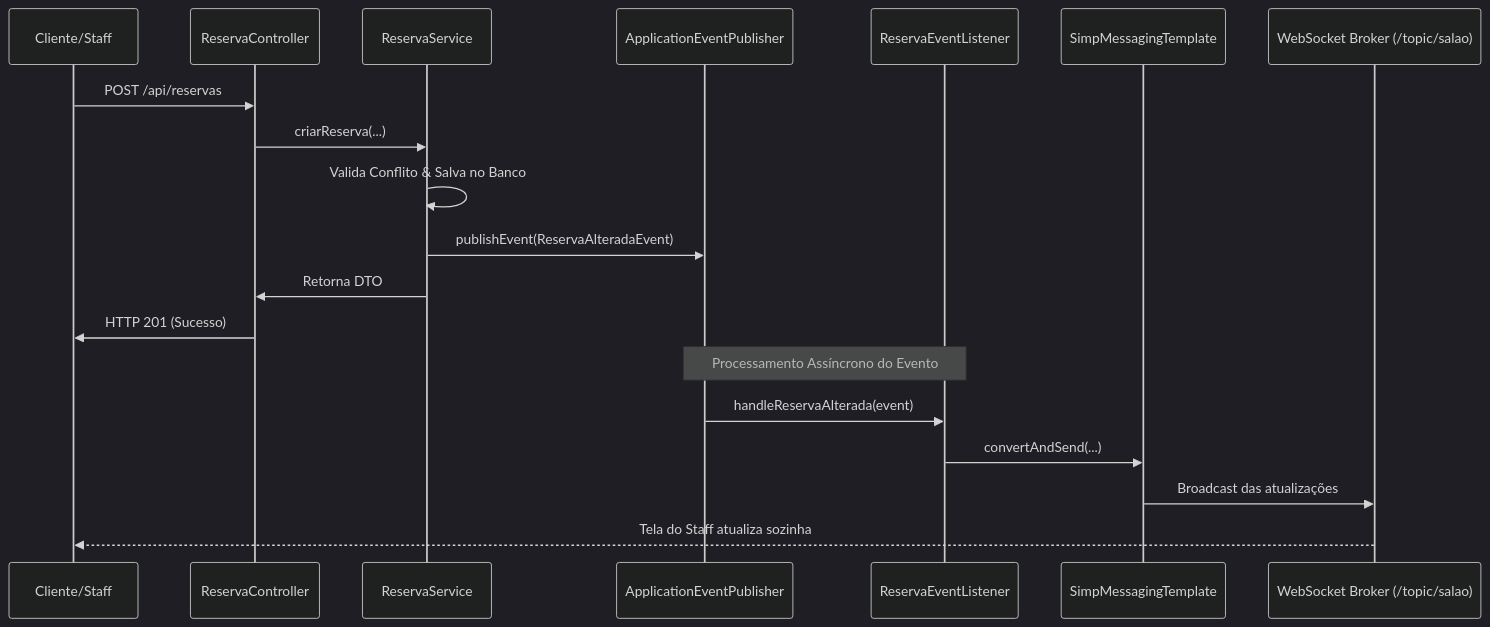
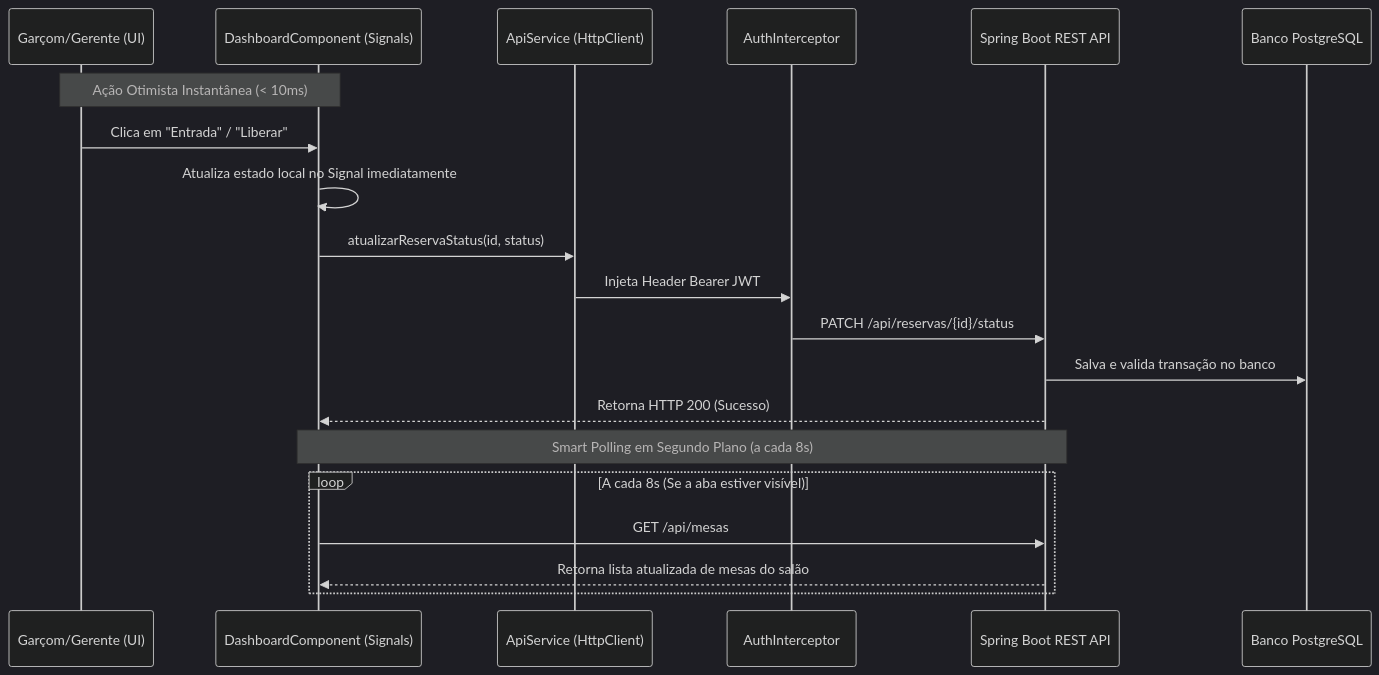
Before and after one commit to RaphaelPhillipe07/MesaLive: the second of 2 diagrams in docs/architecture.md, drawn with Mermaid (dark theme). The commit also changed other lines of this file and 17 other files, not shown here.

Commit message:
docs: atualiza documentacao tecnica, arquitetura e roadmap

````diff
--- a/docs/architecture.md
+++ b/docs/architecture.md
@@ -49,23 +49,25 @@
 ```mermaid
 sequenceDiagram
-    participant Cliente as Cliente/Staff
-    participant Controller as ReservaController
-    participant Service as ReservaService
-    participant EventPublisher as ApplicationEventPublisher
-    participant EventListener as ReservaEventListener
-    participant SimpTemplate as SimpMessagingTemplate
-    participant WS as WebSocket Broker (/topic/salao)
+    participant Staff as Garçom/Gerente (UI)
+    participant Component as DashboardComponent (Signals)
+    participant ApiService as ApiService (HttpClient)
+    participant Interceptor as AuthInterceptor
+    participant Backend as Spring Boot REST API
+    participant DB as Banco PostgreSQL
 
-    Cliente->>Controller: POST /api/reservas
-    Controller->>Service: criarReserva(...)
-    Service->>Service: Valida Conflito & Salva no Banco
-    Service->>EventPublisher: publishEvent(ReservaAlteradaEvent)
-    Service->>Controller: Retorna DTO
-    Controller->>Cliente: HTTP 201 (Sucesso)
-    
-    Note over EventPublisher,EventListener: Processamento Assíncrono do Evento
-    EventPublisher->>EventListener: handleReservaAlterada(event)
-    EventListener->>SimpTemplate: convertAndSend(...)
-    SimpTemplate->>WS: Broadcast das atualizações
-    WS-->>Cliente: Tela do Staff atualiza sozinha
+    Note over Staff,Component: Ação Otimista Instantânea (< 10ms)
+    Staff->>Component: Clica em "Entrada" / "Liberar"
+    Component->>Component: Atualiza estado local no Signal imediatamente
+
+    Component->>ApiService: atualizarReservaStatus(id, status)
+    ApiService->>Interceptor: Injeta Header Bearer JWT
+    Interceptor->>Backend: PATCH /api/reservas/{id}/status
+    Backend->>DB: Salva e valida transação no banco
+    Backend-->>Component: Retorna HTTP 200 (Sucesso)
+
+    Note over Component,Backend: Smart Polling em Segundo Plano (a cada 8s)
+    loop A cada 8s (Se a aba estiver visível)
+        Component->>Backend: GET /api/mesas
+        Backend-->>Component: Retorna lista atualizada de mesas do salão
+    end
 ```
````
